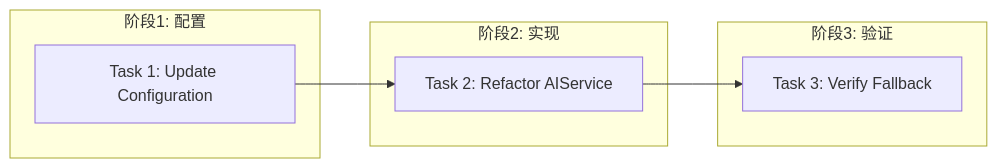
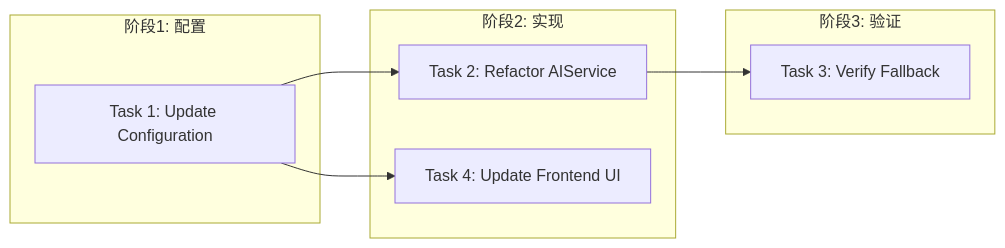
One commit to demo112/knowledge_Live_radar changed the diagram in docs/features/llm-fallback/tasks.md. Above: the diagram before and after it, drawn with Mermaid. The commit also changed other lines of this file and 19 other files, not shown here.

````diff
--- a/docs/features/llm-fallback/tasks.md
+++ b/docs/features/llm-fallback/tasks.md
@@ -14,14 +15,16 @@
 ```mermaid
 graph LR
   subgraph 阶段1: 配置
     T1[Task 1: Update Configuration]
   end
   subgraph 阶段2: 实现
     T2[Task 2: Refactor AIService]
+    T4[Task 4: Update Frontend UI]
   end
   subgraph 阶段3: 验证
     T3[Task 3: Verify Fallback]
   end
 
   T1 --> T2 --> T3
+  T1 --> T4
 ```
````
